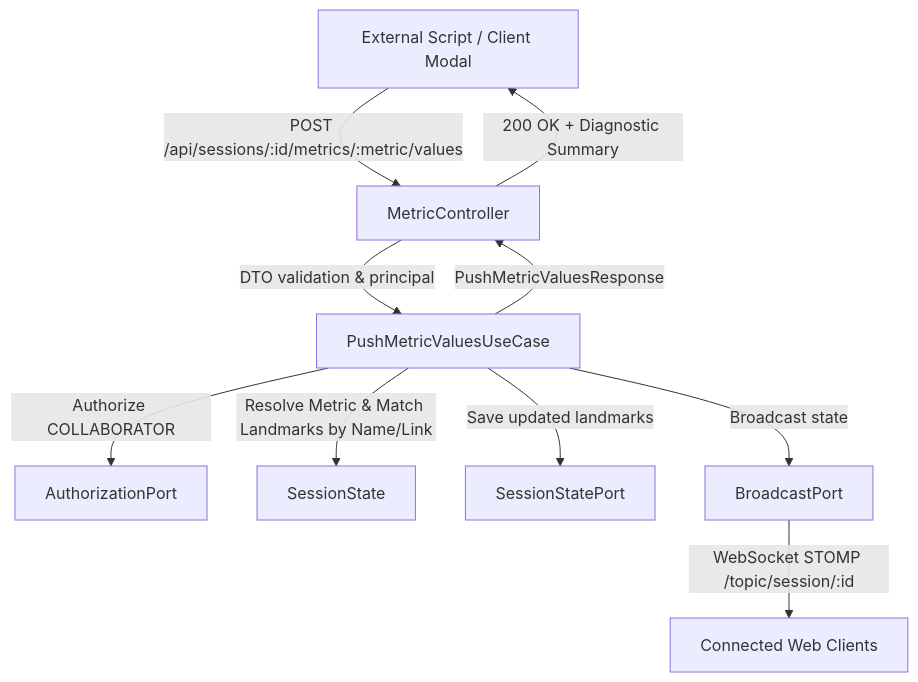
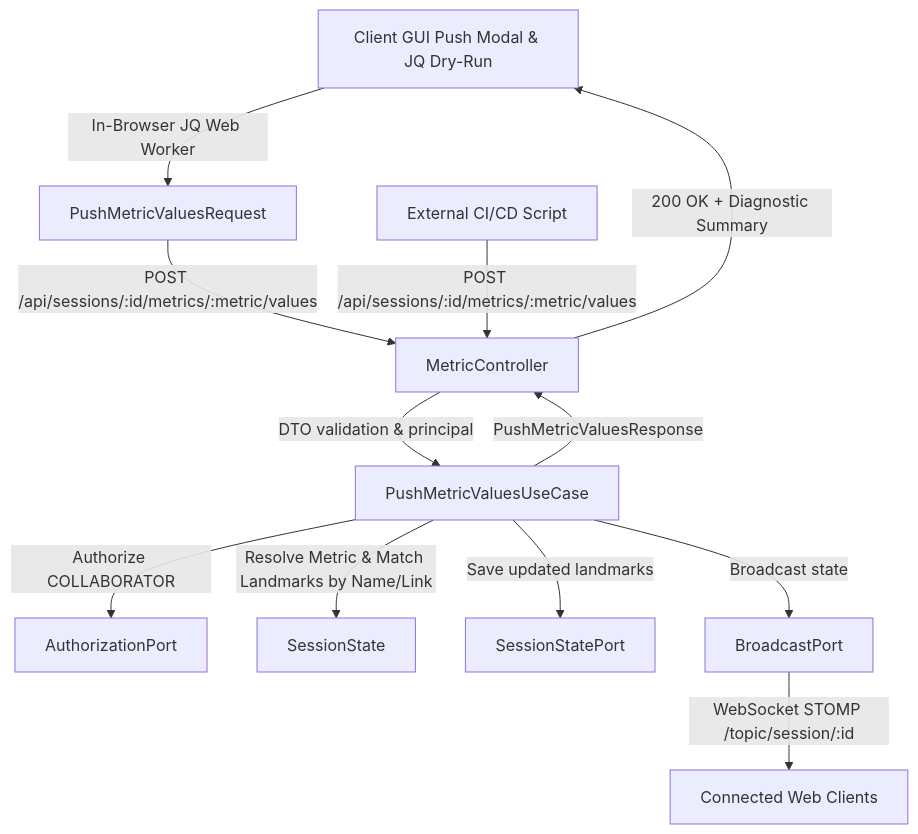
The diagram in .junie/plans/metrics-api.md (dedica-team/porthole), drawn with Mermaid before and after one commit. The commit also changed other lines of this file, not shown here.

Commit message:
feature: secret-less api, foreign data transformation

````diff
--- a/.junie/plans/metrics-api.md
+++ b/.junie/plans/metrics-api.md
@@ -116,12 +154,14 @@
 ```mermaid
 graph TD
-    Client[External Script / Client Modal] -->|POST /api/sessions/:id/metrics/:metric/values| Controller[MetricController]
+    ClientModal[Client GUI Push Modal & JQ Dry-Run] -->|In-Browser JQ Web Worker| TransformedDTO[PushMetricValuesRequest]
+    TransformedDTO -->|POST /api/sessions/:id/metrics/:metric/values| Controller[MetricController]
+    ExternalCI[External CI/CD Script] -->|POST /api/sessions/:id/metrics/:metric/values| Controller
     Controller -->|DTO validation & principal| UseCase[PushMetricValuesUseCase]
     UseCase -->|Authorize COLLABORATOR| AuthPort[AuthorizationPort]
     UseCase -->|Resolve Metric & Match Landmarks by Name/Link| State[SessionState]
     UseCase -->|Save updated landmarks| StatePort[SessionStatePort]
     UseCase -->|Broadcast state| BroadcastPort[BroadcastPort]
     BroadcastPort -->|WebSocket STOMP /topic/session/:id| Subscribers[Connected Web Clients]
     UseCase -->|PushMetricValuesResponse| Controller
-    Controller -->|200 OK + Diagnostic Summary| Client
+    Controller -->|200 OK + Diagnostic Summary| ClientModal
 ```
````
